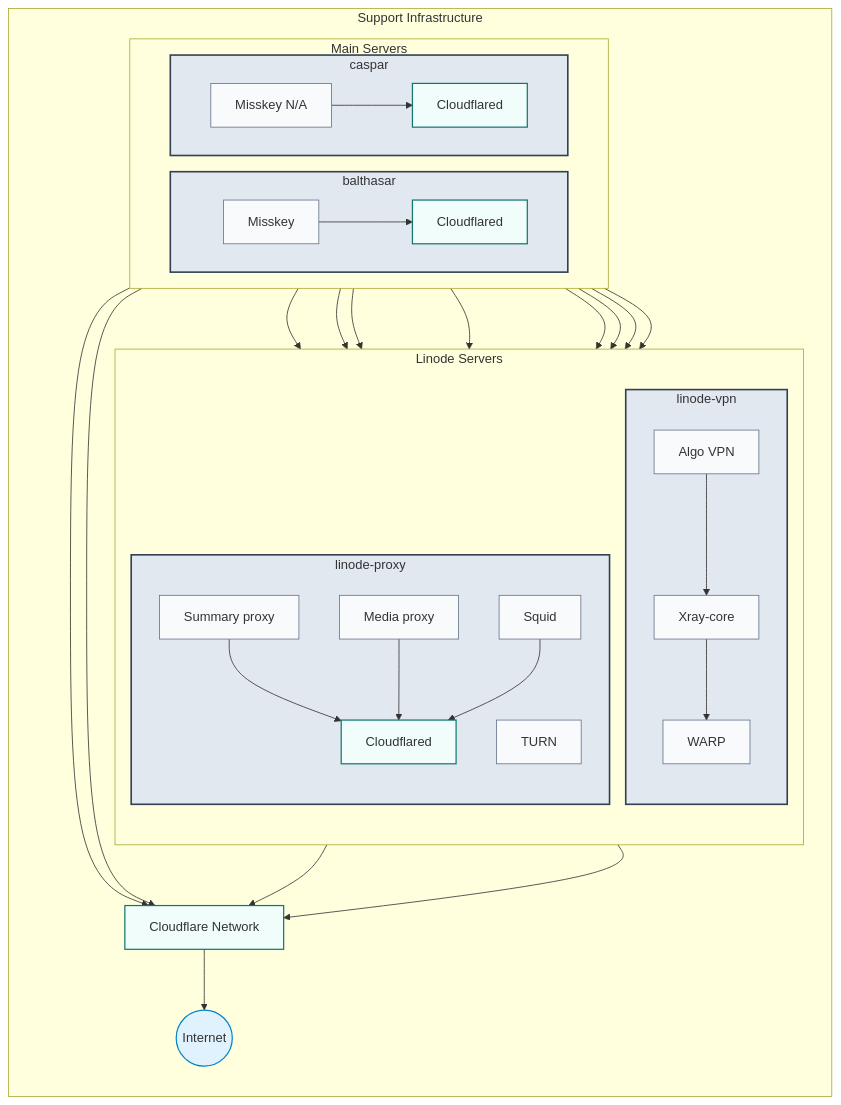
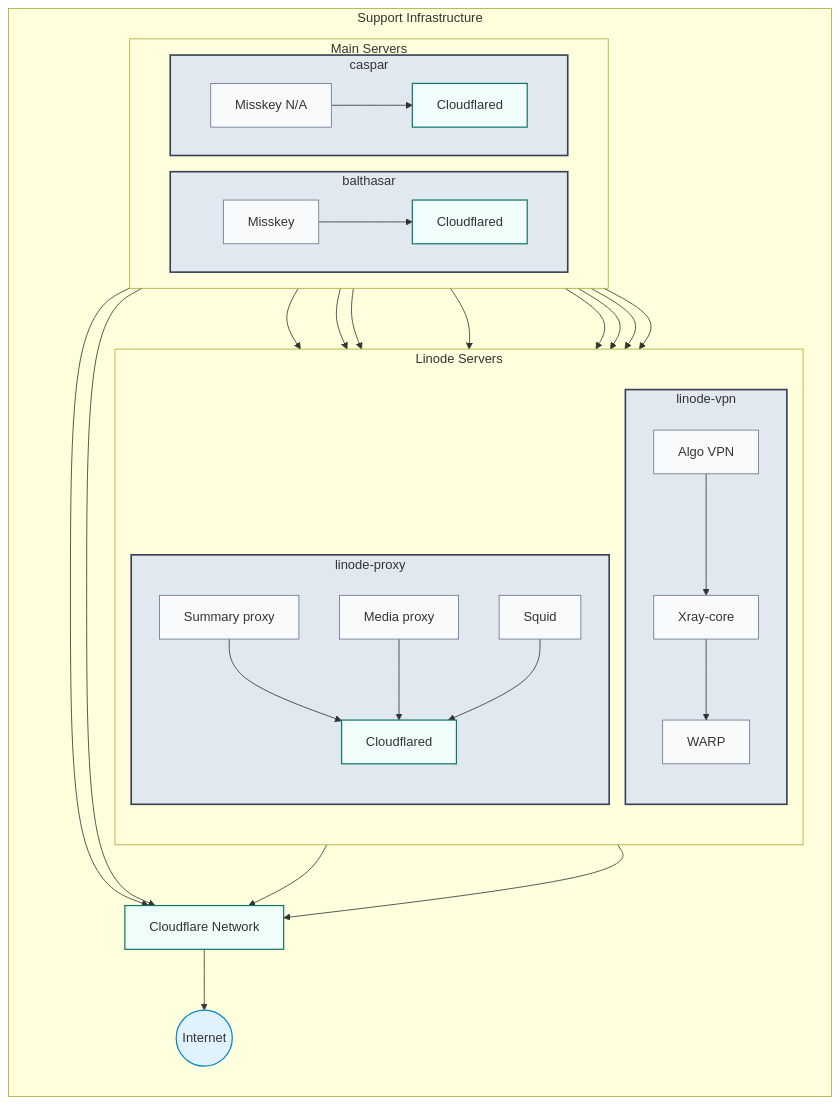
One commit to yamisskey-dev/hosted-list changed the third of 3 diagrams in README.md. Above: the diagram before and after it, drawn with Mermaid. The commit also changed other lines of this file, not shown here.

````diff
--- a/README.md
+++ b/README.md
@@ -170,72 +171,71 @@
 ```mermaid
 graph TB
 %% Style definitions
 classDef homeServer fill:#e2e8f0,stroke:#334155,stroke-width:2px
 classDef service fill:#f8fafc,stroke:#64748b,stroke-width:1px
 classDef security fill:#fee2e2,stroke:#991b1b,stroke-width:1px
 classDef cloudflare fill:#f0fdfa,stroke:#0f766e,stroke-width:1.5px
 classDef internet fill:#e0f2fe,stroke:#0284c7,stroke-width:1.5px
 %% Support Infrastructure with connections to main servers
 subgraph support[Support Infrastructure]
     direction TB
     
     subgraph linode[Linode Servers]
         direction TB
         
         subgraph vpn[linode-vpn]
             algo[Algo VPN]:::security
             xray[Xray-core]:::security
             warp[WARP]:::security
         end
         
         subgraph proxy[linode-proxy]
             summaryproxy[Summary proxy]:::service
             mediaproxy[Media proxy]:::service
-            coturn[TURN]:::service
             squid[Squid]:::security
             cloudflared_proxy[Cloudflared]:::cloudflare
         end
     end
     
     %% Main server references with their social services
     subgraph main_servers[Main Servers]
         direction LR
         
         subgraph balthasar[balthasar]
             yamisskey[Misskey]:::service
             cloudflared_b[Cloudflared]:::cloudflare
         end
         
         subgraph caspar[caspar]
             nayamisskey[Misskey N/A]:::service
             cloudflared_c[Cloudflared]:::cloudflare
         end
     end
     
     %% External networks
     cloudflare_network[Cloudflare Network]:::cloudflare
     internet((Internet)):::internet
 end
 %% Connections to proxies
 yamisskey --> summaryproxy & mediaproxy
 yamisskey --> squid
 nayamisskey --> summaryproxy & mediaproxy
 nayamisskey --> squid
 %% Direct connections from Misskey to Cloudflared
 yamisskey --> cloudflared_b
 nayamisskey --> cloudflared_c
 %% VPN traffic flow
 balthasar & caspar --> algo --> xray --> warp
 %% Cloudflare connections
 cloudflared_b & cloudflared_c --> cloudflare_network
 cloudflared_proxy --> cloudflare_network
 cloudflare_network --> internet
 %% Proxy service connections to Cloudflared
 summaryproxy & mediaproxy & squid --> cloudflared_proxy
 %% WARP goes through Cloudflare Network
 warp --> cloudflare_network
 %% Apply styles
 class balthasar,caspar,vpn,proxy homeServer
 class yamisskey,nayamisskey,algo,xray,warp,summaryproxy,mediaproxy,squid service
 class cloudflared_b,cloudflared_c,cloudflared_proxy,cloudflare_network cloudflare
 ```
````
